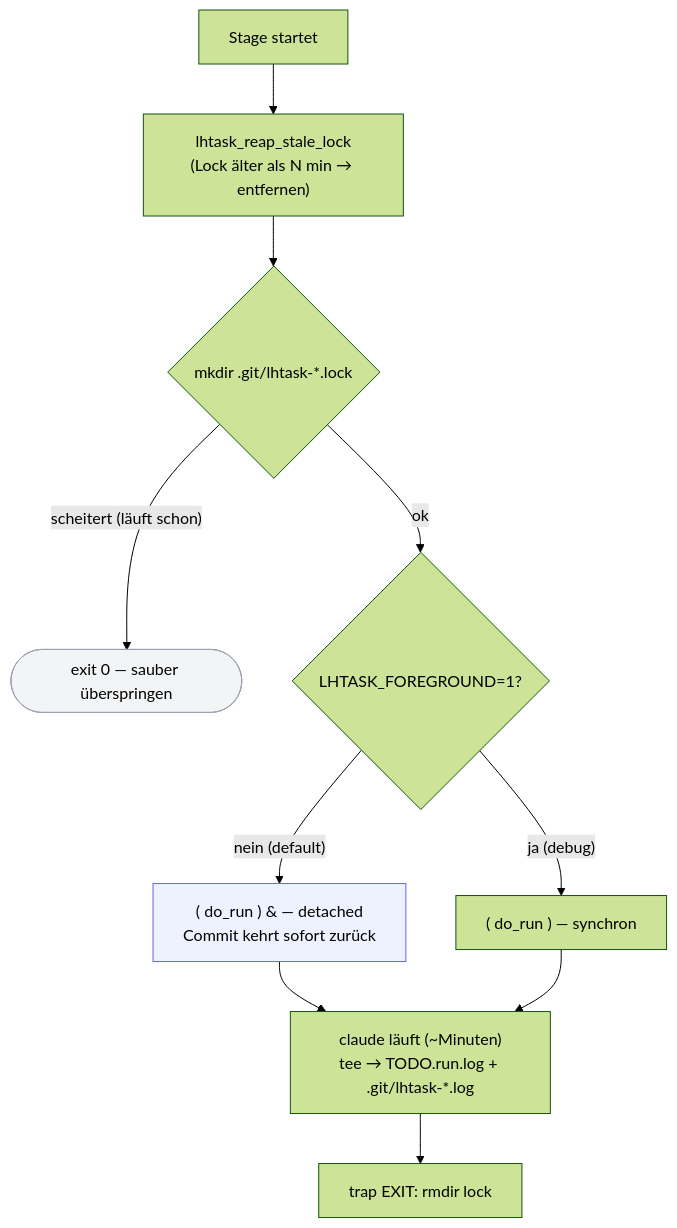
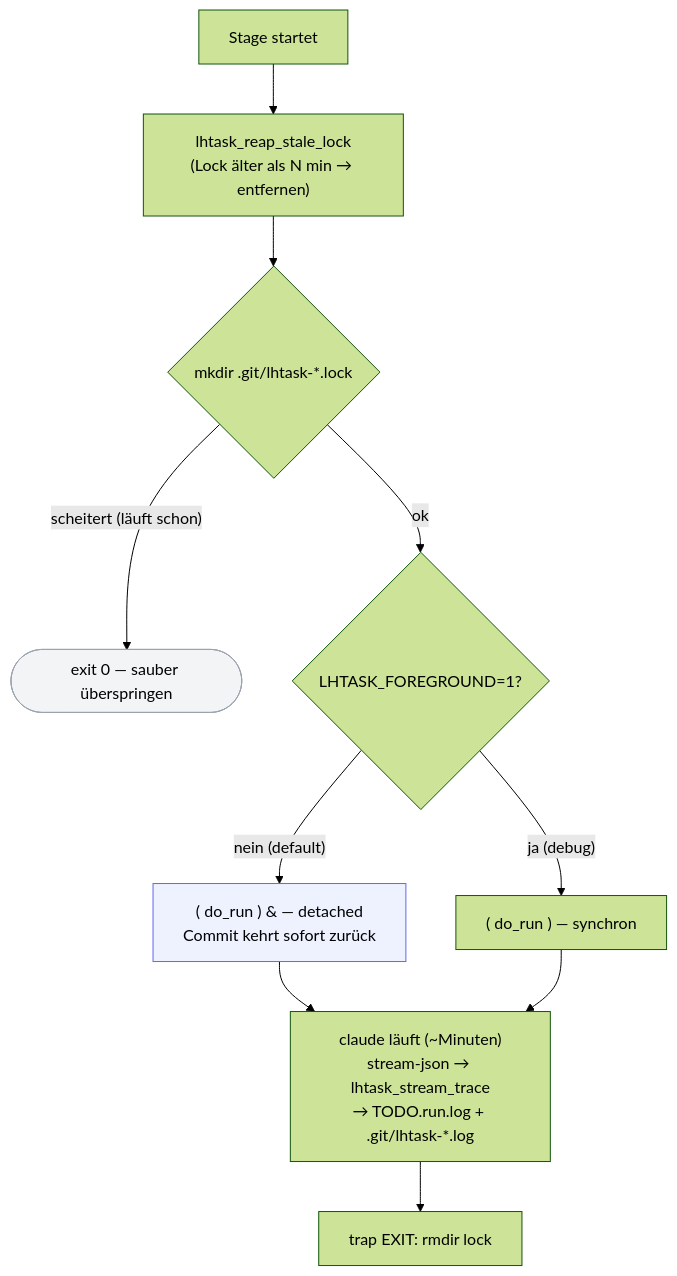
One commit to leonhoffmann86/team-sprint changed the tenth of 12 diagrams in ARCHITECTURE.md. Above: the diagram before and after it, drawn with Mermaid (forest theme). The commit also changed other lines of this file and 2 other files, not shown here.

Commit message:
docs: refresh CLAUDE/ARCHITECTURE/README for live activity trace (v0.9.0)

````diff
--- a/ARCHITECTURE.md
+++ b/ARCHITECTURE.md
@@ -470,15 +470,15 @@
 ```mermaid
 flowchart TB
     START["Stage startet"] --> REAP["lhtask_reap_stale_lock<br/>(Lock älter als N min → entfernen)"]
     REAP --> LOCK{"mkdir .git/lhtask-*.lock"}
     LOCK -- "scheitert (läuft schon)" --> SKIP(["exit 0 — sauber überspringen"])
     LOCK -- "ok" --> MODE{"LHTASK_FOREGROUND=1?"}
     MODE -- "nein (default)" --> BG["( do_run ) &amp; — detached<br/>Commit kehrt sofort zurück"]
     MODE -- "ja (debug)" --> FG["( do_run ) — synchron"]
-    BG --> WORK["claude läuft (~Minuten)<br/>tee → TODO.run.log + .git/lhtask-*.log"]
+    BG --> WORK["claude läuft (~Minuten)<br/>stream-json → lhtask_stream_trace<br/>→ TODO.run.log + .git/lhtask-*.log"]
     FG --> WORK
     WORK --> RELEASE["trap EXIT: rmdir lock"]
 
     style SKIP fill:#f3f4f6,stroke:#9ca3af
     style BG fill:#eef2ff,stroke:#6366f1
 ```
````
